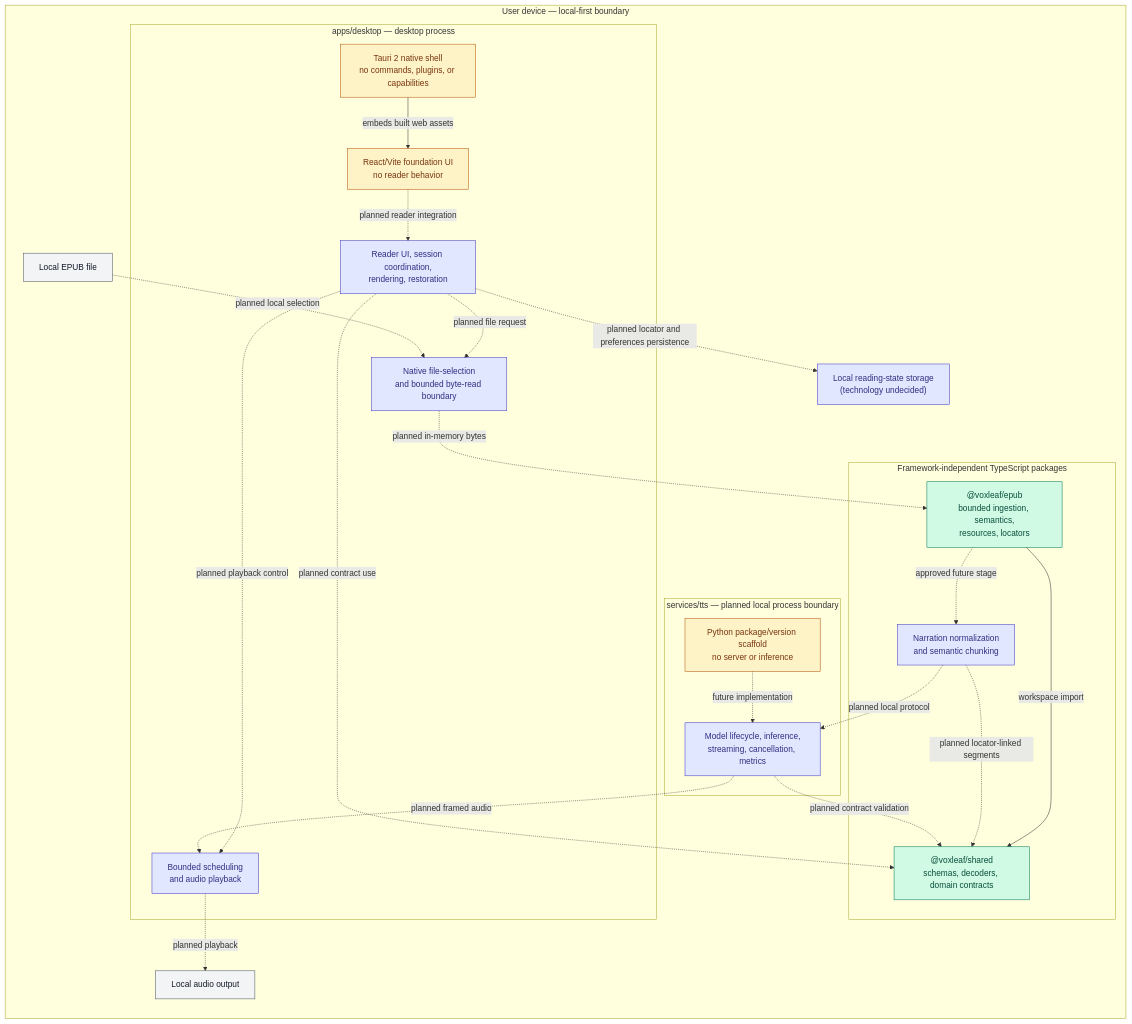
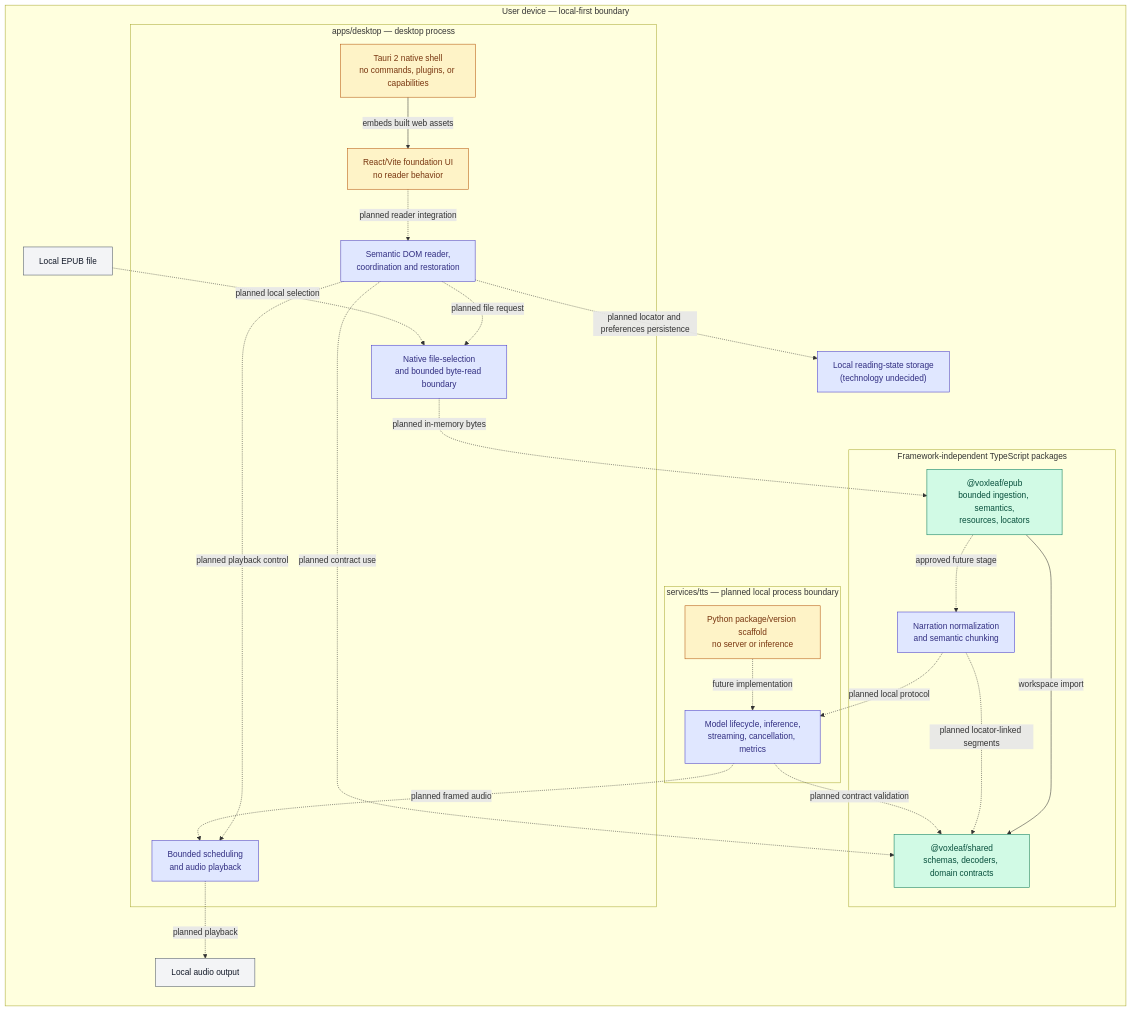
Before and after one commit to mmjosedaniel/voxleaf: the first of 2 diagrams in docs/architecture/system-diagram.md, drawn with Mermaid. The commit also changed other lines of this file and 7 other files, not shown here.

Commit message:
docs(m4): accept visual reader architecture decision (#43)

````diff
--- a/docs/architecture/system-diagram.md
+++ b/docs/architecture/system-diagram.md
@@ -24,49 +24,49 @@
 ```mermaid
 flowchart LR
   classDef implemented fill:#d1fae5,stroke:#047857,color:#064e3b
   classDef partial fill:#fef3c7,stroke:#b45309,color:#78350f
   classDef planned fill:#e0e7ff,stroke:#4338ca,color:#312e81
   classDef external fill:#f3f4f6,stroke:#4b5563,color:#111827
 
   subgraph device["User device — local-first boundary"]
     epubFile["Local EPUB file"]:::external
     audioDevice["Local audio output"]:::external
     readingStore["Local reading-state storage<br/>(technology undecided)"]:::planned
 
     subgraph desktop["apps/desktop — desktop process"]
       nativeShell["Tauri 2 native shell<br/>no commands, plugins, or capabilities"]:::partial
       webShell["React/Vite foundation UI<br/>no reader behavior"]:::partial
       fileBoundary["Native file-selection<br/>and bounded byte-read boundary"]:::planned
-      reader["Reader UI, session coordination,<br/>rendering, restoration"]:::planned
+      reader["Semantic DOM reader,<br/>coordination and restoration"]:::planned
       player["Bounded scheduling<br/>and audio playback"]:::planned
       nativeShell -->|embeds built web assets| webShell
       webShell -. planned reader integration .-> reader
       reader -. planned file request .-> fileBoundary
       reader -. planned playback control .-> player
     end
 
     subgraph libraries["Framework-independent TypeScript packages"]
       shared["@voxleaf/shared<br/>schemas, decoders, domain contracts"]:::implemented
       epub["@voxleaf/epub<br/>bounded ingestion, semantics,<br/>resources, locators"]:::implemented
       narration["Narration normalization<br/>and semantic chunking"]:::planned
       epub -->|workspace import| shared
       epub -. approved future stage .-> narration
     end
 
     subgraph tts["services/tts — planned local process boundary"]
       ttsFoundation["Python package/version scaffold<br/>no server or inference"]:::partial
       ttsRuntime["Model lifecycle, inference,<br/>streaming, cancellation, metrics"]:::planned
       ttsFoundation -. future implementation .-> ttsRuntime
     end
   end
 
   epubFile -. planned local selection .-> fileBoundary
   fileBoundary -. planned in-memory bytes .-> epub
   reader -. planned contract use .-> shared
   reader -. planned locator and preferences persistence .-> readingStore
   narration -. planned locator-linked segments .-> shared
   narration -. planned local protocol .-> ttsRuntime
   ttsRuntime -. planned contract validation .-> shared
   ttsRuntime -. planned framed audio .-> player
   player -. planned playback .-> audioDevice
 ```
````
